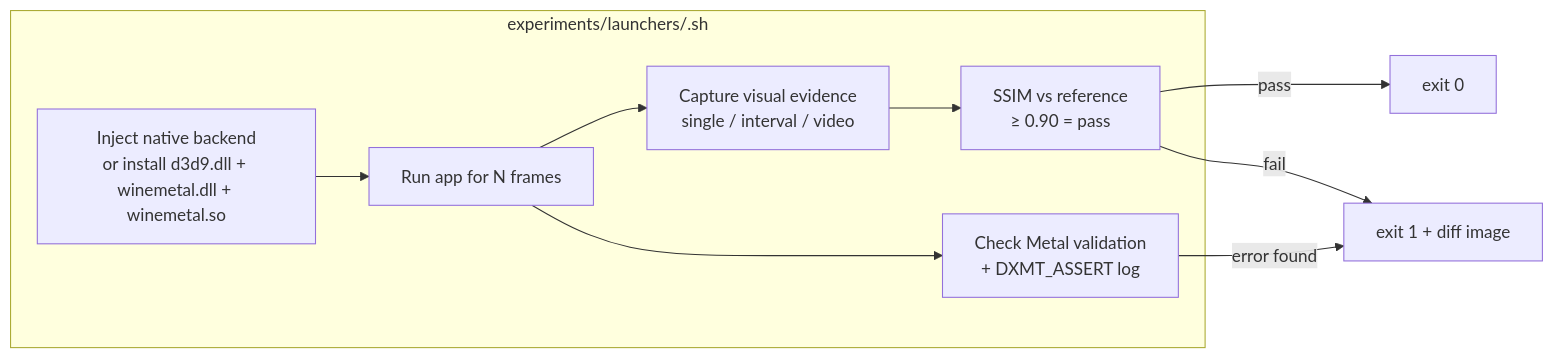
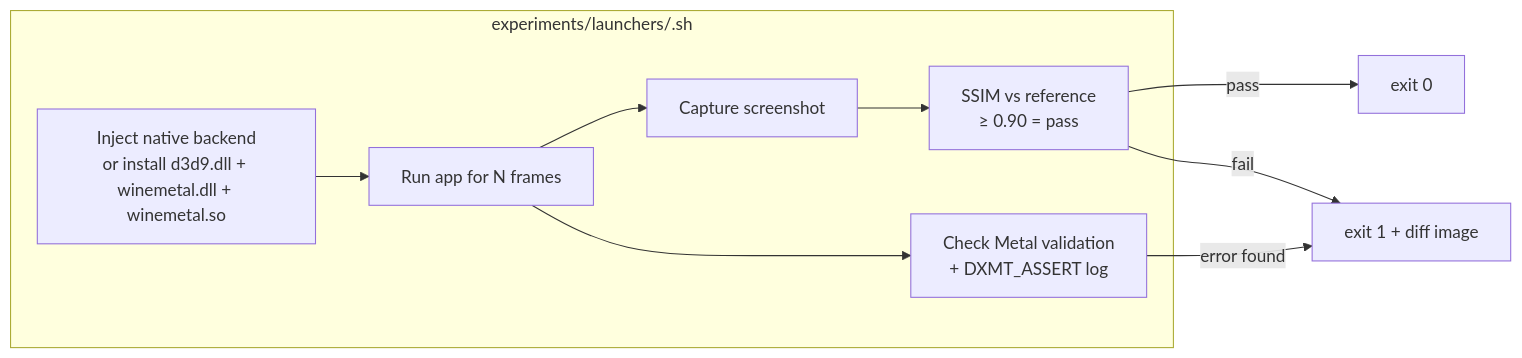
Before and after one commit to dfdgsdfg/dxmt9: the diagram in specs/experiments/design.md, drawn with Mermaid. The commit also changed other lines of this file and 186 other files, not shown here.

````diff
--- a/specs/experiments/design.md
+++ b/specs/experiments/design.md
@@ -14,16 +14,16 @@
 ```mermaid
 graph LR
     subgraph Launcher["experiments/launchers/<app>.sh"]
         INJECT["Inject native backend\nor install d3d9.dll + winemetal.dll + winemetal.so"]
         RUN["Run app for N frames"]
-        SHOT["Capture visual evidence\nsingle / interval / video"]
+        SHOT["Capture screenshot"]
         CMP["SSIM vs reference\n≥ 0.90 = pass"]
         LOG["Check Metal validation\n+ DXMT_ASSERT log"]
     end
 
     INJECT --> RUN --> SHOT --> CMP
     RUN --> LOG
     CMP -->|pass| EXIT0["exit 0"]
     CMP -->|fail| EXIT1["exit 1 + diff image"]
     LOG -->|error found| EXIT1
 ```
````
